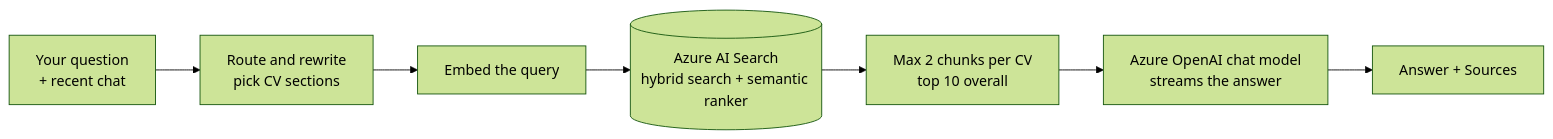
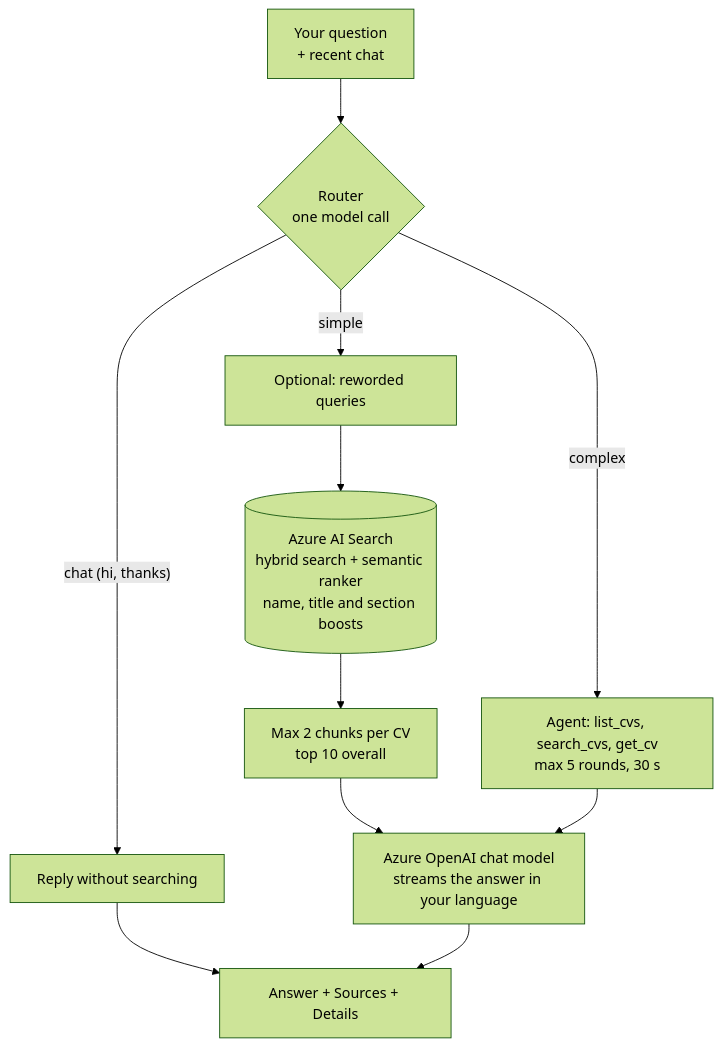
One commit to sherif2004/chat-with-cv changed the second of 3 diagrams in README.md. Above: the diagram before and after it, drawn with Mermaid (forest theme). The commit also changed other lines of this file, not shown here.

Commit message:
Update the README: current question flow and diagram, sidebar switches, metadata, agent, caching, safety, answer language, Details, project tree, troubleshooting

````diff
--- a/README.md
+++ b/README.md
@@ -83,9 +83,13 @@
 ```mermaid
-flowchart LR
-    Q["Your question<br/>+ recent chat"] --> W["Route and rewrite<br/>pick CV sections"]
-    W --> E["Embed the query"]
-    E --> S[("Azure AI Search<br/>hybrid search + semantic ranker")]
+flowchart TD
+    Q["Your question<br/>+ recent chat"] --> R{"Router<br/>one model call"}
+    R -- "chat (hi, thanks)" --> C["Reply without searching"]
+    R -- simple --> X["Optional: reworded queries"]
+    X --> S[("Azure AI Search<br/>hybrid search + semantic ranker<br/>name, title and section boosts")]
     S --> T["Max 2 chunks per CV<br/>top 10 overall"]
-    T --> M["Azure OpenAI chat model<br/>streams the answer"]
-    M --> R["Answer + Sources"]
+    T --> M["Azure OpenAI chat model<br/>streams the answer in your language"]
+    R -- complex --> G["Agent: list_cvs, search_cvs, get_cv<br/>max 5 rounds, 30 s"]
+    G --> M
+    C --> A["Answer + Sources + Details"]
+    M --> A
 ```
````
